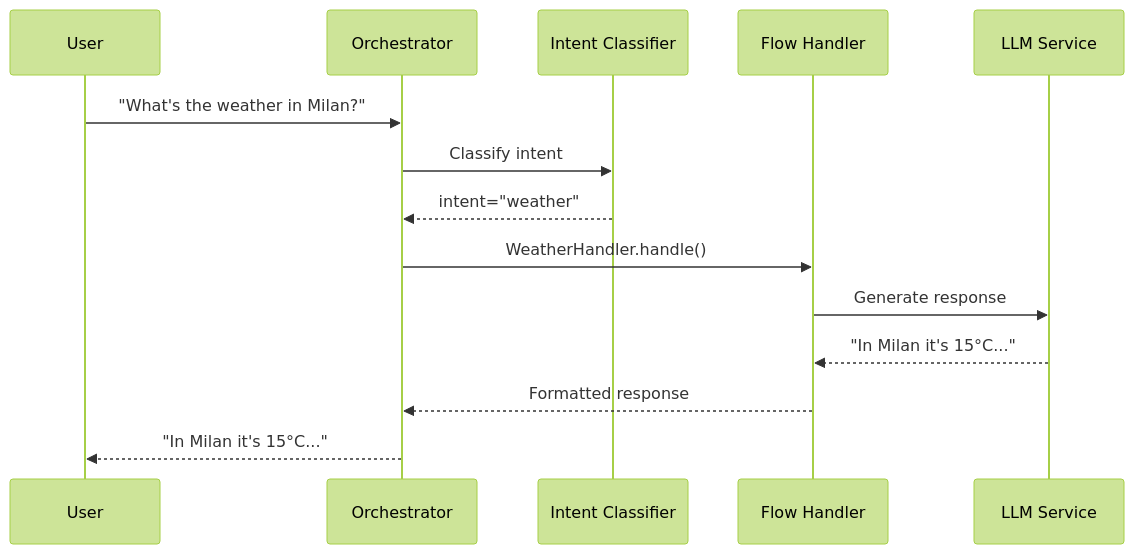
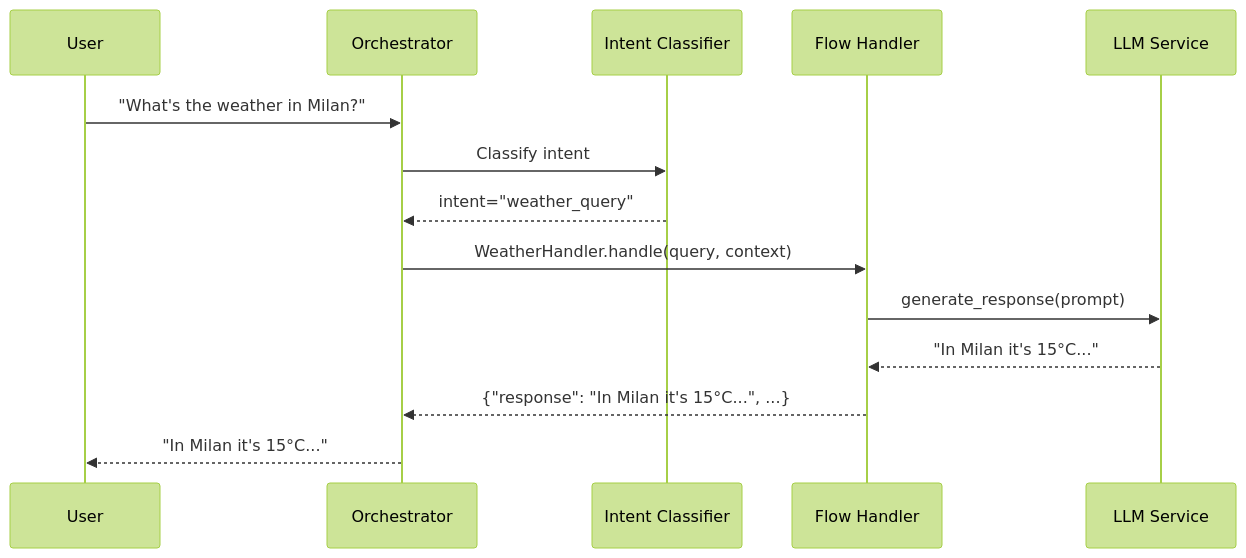
The diagram in mkdocs-site/docs/plugins/flow-handlers.md (baselithcore/baselithcore), drawn with Mermaid (forest theme) before and after one commit. The commit also changed other lines of this file and 116 other files, not shown here.

Commit message:
docs: update documentation across all core modules, plugins, and architecture guides alongside internal core logic refinements and test suite updates.

````diff
--- a/mkdocs-site/docs/plugins/flow-handlers.md
+++ b/mkdocs-site/docs/plugins/flow-handlers.md
@@ -26,17 +26,17 @@
 ```mermaid
 sequenceDiagram
     participant U as User
     participant O as Orchestrator
     participant C as Intent Classifier
     participant H as Flow Handler
     participant L as LLM Service
 
     U->>O: "What's the weather in Milan?"
     O->>C: Classify intent
-    C-->>O: intent="weather"
-    O->>H: WeatherHandler.handle()
-    H->>L: Generate response
+    C-->>O: intent="weather_query"
+    O->>H: WeatherHandler.handle(query, context)
+    H->>L: generate_response(prompt)
     L-->>H: "In Milan it's 15°C..."
-    H-->>O: Formatted response
+    H-->>O: {"response": "In Milan it's 15°C...", ...}
     O-->>U: "In Milan it's 15°C..."
 ```
````
